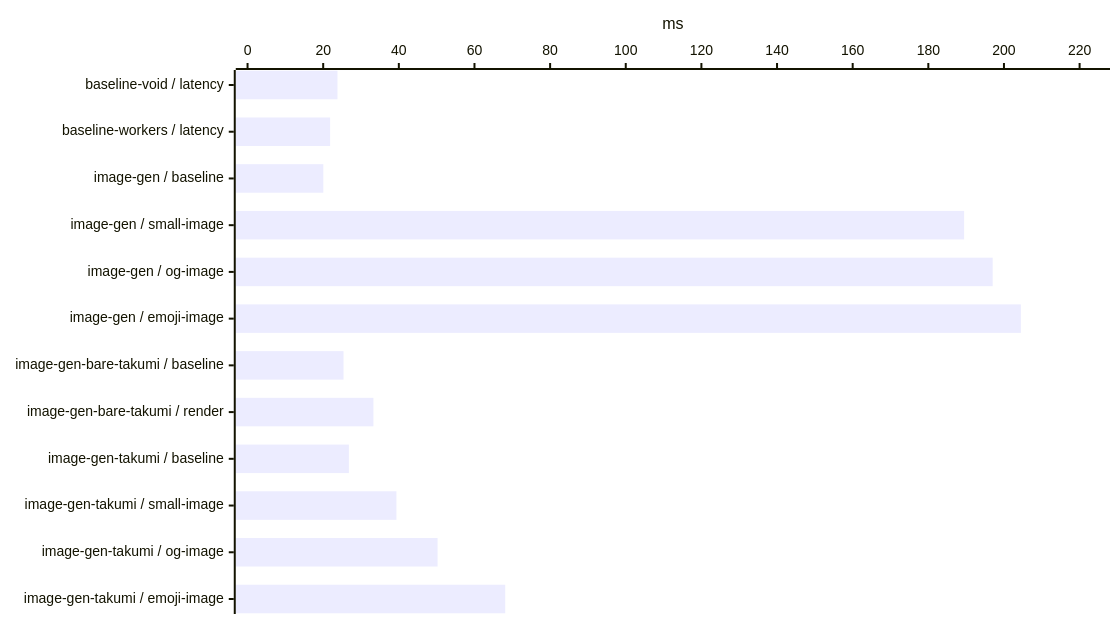
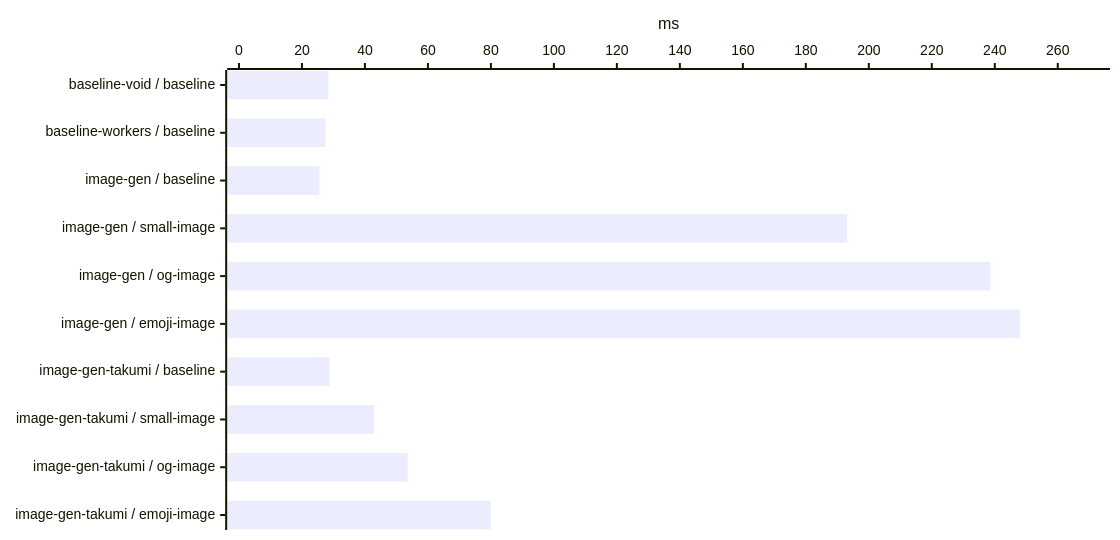
The eighth of 25 diagrams in benchmark/report.md (voidzero-dev/void), drawn with Mermaid before and after one commit. The commit also changed other lines of this file and 6 other files, not shown here.

````diff
--- a/benchmark/report.md
+++ b/benchmark/report.md
@@ -170,12 +167,12 @@
 ```mermaid
 ---
 config:
   xyChart:
     width: 1100
-    height: 604
+    height: 520
 ---
 xychart-beta horizontal
-    x-axis ["baseline-void / latency", "baseline-workers / latency", "image-gen / baseline", "image-gen / small-image", "image-gen / og-image", "image-gen / emoji-image", "image-gen-bare-takumi / baseline", "image-gen-bare-takumi / render", "image-gen-takumi / baseline", "image-gen-takumi / small-image", "image-gen-takumi / og-image", "image-gen-takumi / emoji-image"]
-    y-axis "ms" 0 --> 224.92076
-    bar [23.777375, 21.83075, 20.032542, 189.47088, 197.01025, 204.47342, 25.370375, 33.281791, 26.7835, 39.3675, 50.247583, 68.1325]
+    x-axis ["baseline-void / baseline", "baseline-workers / baseline", "image-gen / baseline", "image-gen / small-image", "image-gen / og-image", "image-gen / emoji-image", "image-gen-takumi / baseline", "image-gen-takumi / small-image", "image-gen-takumi / og-image", "image-gen-takumi / emoji-image"]
+    y-axis "ms" 0 --> 272.84625
+    bar [28.38425, 27.519834, 25.538166, 193.138, 238.65325, 248.04204, 28.799125, 42.932708, 53.593709, 79.938625]
 ```
````
